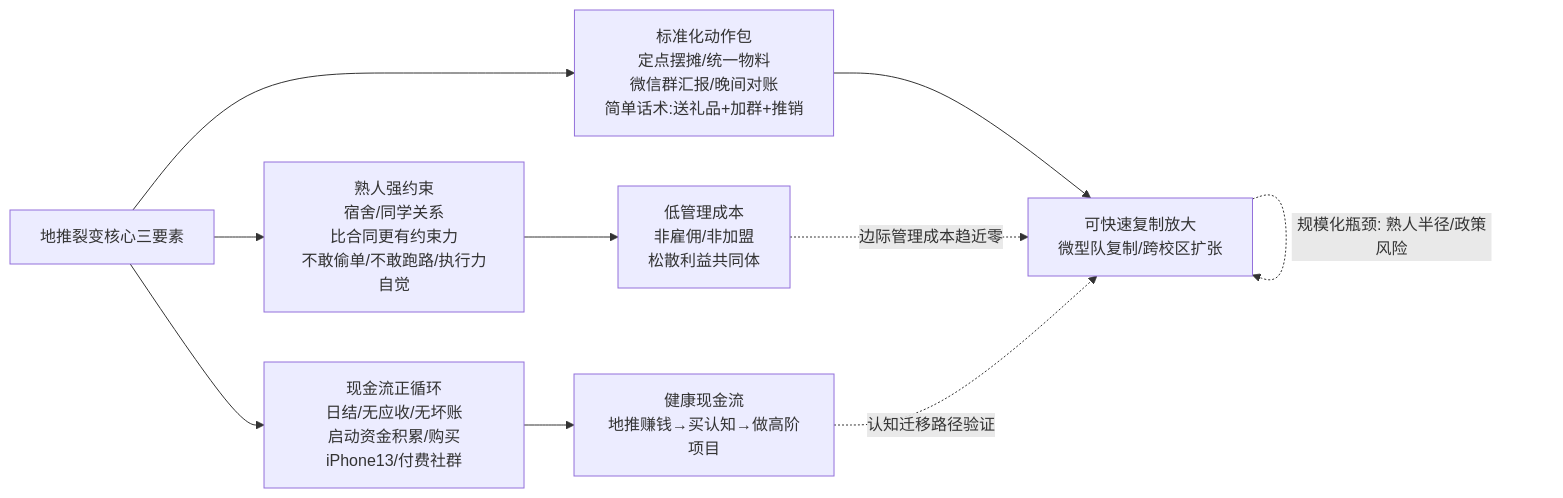
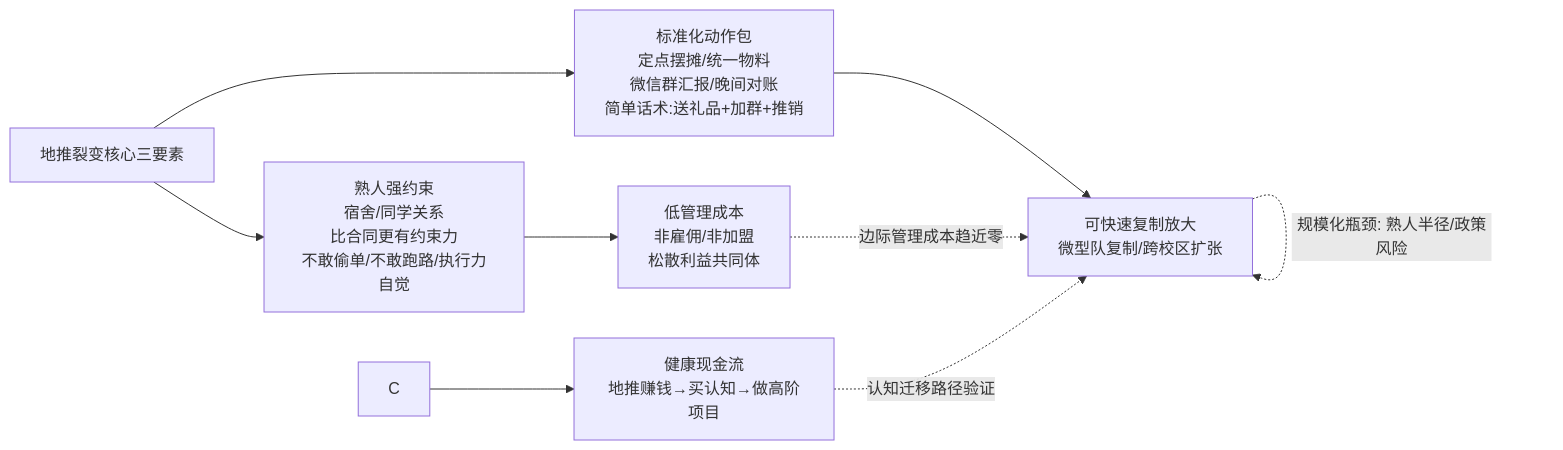
One commit to OpenDocCN1/flygon-zhuanqian-zhoubao changed the tenth of 20 diagrams in docs/202303_paper2textbook/asset/body_fix_2a77581c5af5cacf2c736ac308a8f564_4c9e76ce0d66eb1d0f6eb56ae81b920f_1ad407b61a7df26dbe675c33f863b99d_b45ecdf777756e9875ab13be7b2caeb9.md. Above: the diagram before and after it, drawn with Mermaid. The commit also changed other lines of this file and 14991 other files, not shown here.

````diff
--- a/docs/202303_paper2textbook/asset/body_fix_2a77581c5af5cacf2c736ac308a8f564_4c9e76ce0d66eb1d0f6eb56ae81b920f_1ad407b61a7df26dbe675c33f863b99d_b45ecdf777756e9875ab13be7b2caeb9.md
+++ b/docs/202303_paper2textbook/asset/body_fix_2a77581c5af5cacf2c736ac308a8f564_4c9e76ce0d66eb1d0f6eb56ae81b920f_1ad407b61a7df26dbe675c33f863b99d_b45ecdf777756e9875ab13be7b2caeb9.md
@@ -549,14 +549,13 @@
 ```mermaid
 flowchart LR
     A[地推裂变核心三要素] --> B[熟人强约束<br/>宿舍/同学关系<br/>比合同更有约束力<br/>不敢偷单/不敢跑路/执行力自觉]
-    A --> C[现金流正循环<br/>日结/无应收/无坏账<br/>启动资金积累/购买iPhone13/付费社群]
     A --> D[标准化动作包<br/>定点摆摊/统一物料<br/>微信群汇报/晚间对账<br/>简单话术:送礼品+加群+推销]
     
     B --> E[低管理成本<br/>非雇佣/非加盟<br/>松散利益共同体]
     C --> F[健康现金流<br/>地推赚钱→买认知→做高阶项目]
     D --> G[可快速复制放大<br/>微型队复制/跨校区扩张]
     
     E -.->|边际管理成本趋近零| G
     F -.->|认知迁移路径验证| G
     G -.->|规模化瓶颈: 熟人半径/政策风险| G
 ```
````
